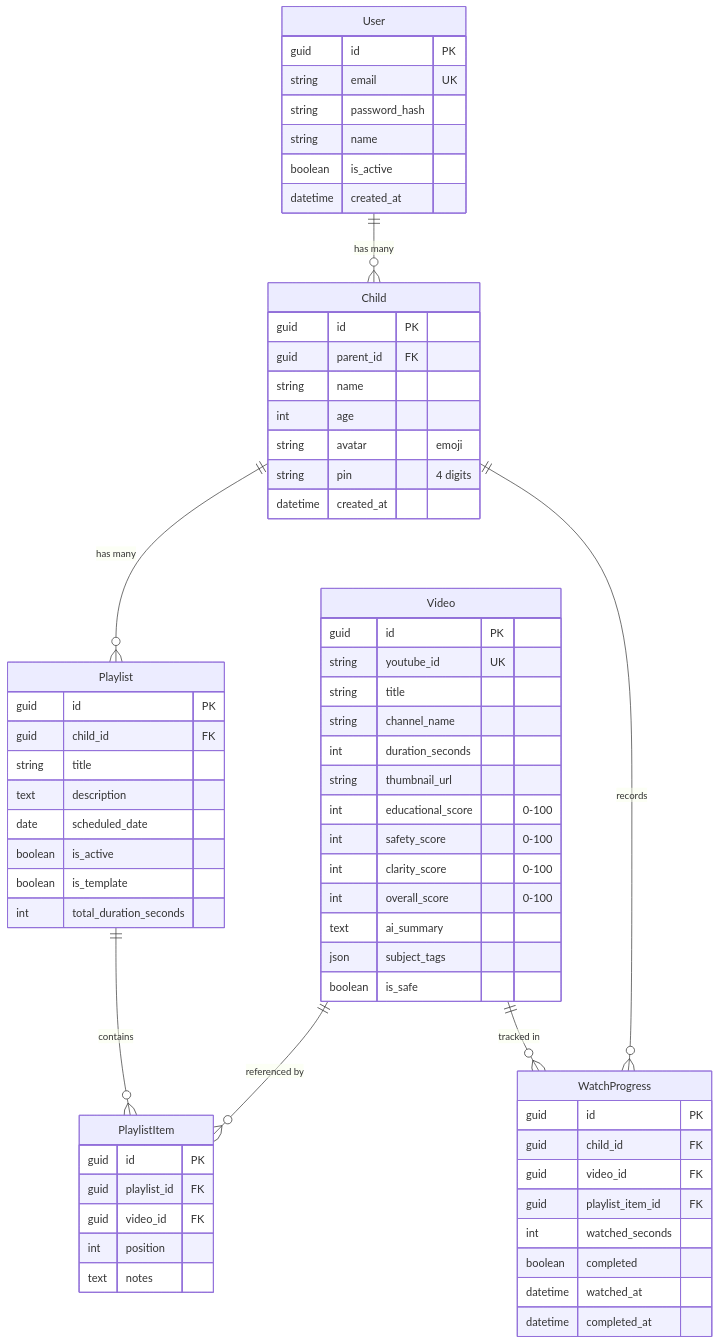
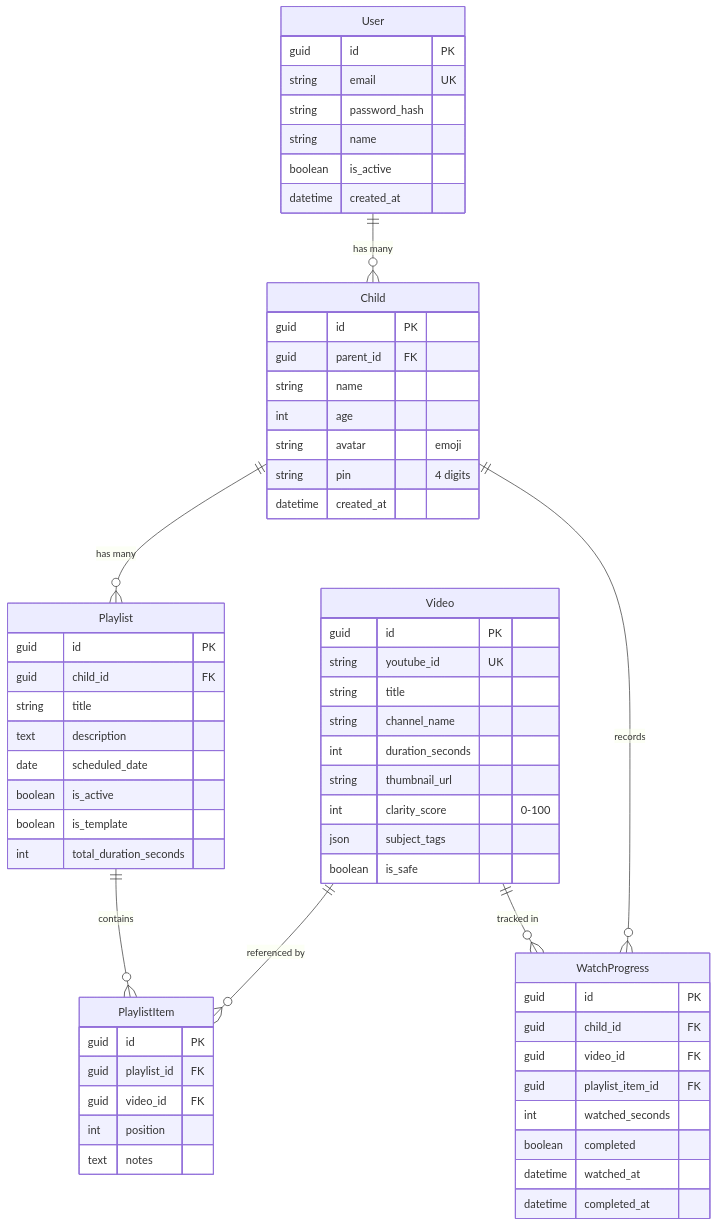
One commit to Sriramchara/kidcurate changed the third of 3 diagrams in PROJECT_OVERVIEW.md. Above: the diagram before and after it, drawn with Mermaid. The commit also changed other lines of this file and 48 other files, not shown here.

````diff
--- a/PROJECT_OVERVIEW.md
+++ b/PROJECT_OVERVIEW.md
@@ -185,74 +168,70 @@
 ```mermaid
 erDiagram
     User ||--o{ Child : "has many"
     Child ||--o{ Playlist : "has many"
     Child ||--o{ WatchProgress : "records"
     Playlist ||--o{ PlaylistItem : "contains"
     Video ||--o{ PlaylistItem : "referenced by"
     Video ||--o{ WatchProgress : "tracked in"
 
     User {
         guid id PK
         string email UK
         string password_hash
         string name
         boolean is_active
         datetime created_at
     }
 
     Child {
         guid id PK
         guid parent_id FK
         string name
         int age
         string avatar "emoji"
         string pin "4 digits"
         datetime created_at
     }
 
     Video {
         guid id PK
         string youtube_id UK
         string title
         string channel_name
         int duration_seconds
         string thumbnail_url
-        int educational_score "0-100"
-        int safety_score "0-100"
         int clarity_score "0-100"
-        int overall_score "0-100"
-        text ai_summary
         json subject_tags
         boolean is_safe
     }
 
     Playlist {
         guid id PK
         guid child_id FK
         string title
         text description
         date scheduled_date
         boolean is_active
         boolean is_template
         int total_duration_seconds
     }
 
     PlaylistItem {
         guid id PK
         guid playlist_id FK
         guid video_id FK
         int position
         text notes
     }
 
     WatchProgress {
         guid id PK
         guid child_id FK
         guid video_id FK
         guid playlist_item_id FK
         int watched_seconds
         boolean completed
         datetime watched_at
         datetime completed_at
     }
 ```
````
